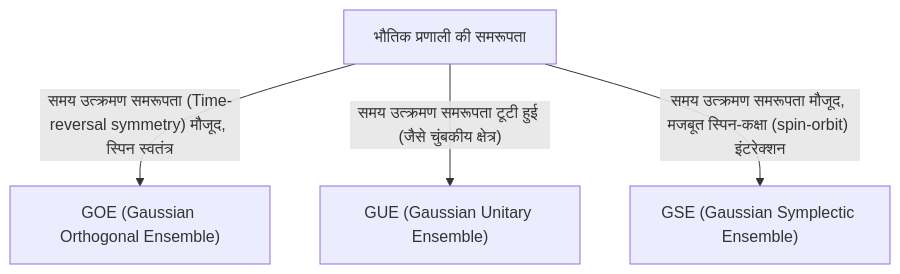
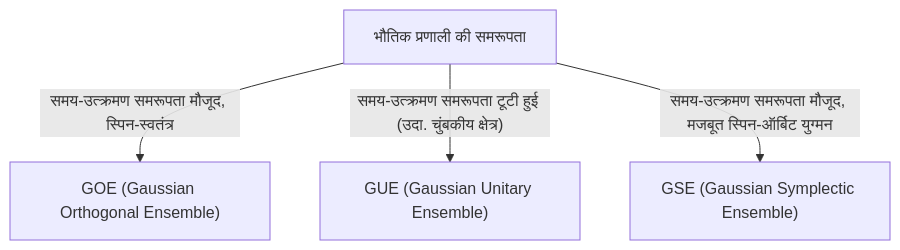
The diagram in content/post/random-matrix-theory/index.hi.md (kenjinote/blog), drawn with Mermaid before and after one commit. The commit also changed other lines of this file and 11 other files, not shown here.

````diff
--- a/content/post/random-matrix-theory/index.hi.md
+++ b/content/post/random-matrix-theory/index.hi.md
@@ -43,6 +43,6 @@
 ```mermaid
 graph TD
-    A["भौतिक प्रणाली की समरूपता"] -- "समय उत्क्रमण समरूपता (Time-reversal symmetry) मौजूद, स्पिन स्वतंत्र" --> B["GOE (Gaussian Orthogonal Ensemble)"]
-    A -- "समय उत्क्रमण समरूपता टूटी हुई (जैसे चुंबकीय क्षेत्र)" --> C["GUE (Gaussian Unitary Ensemble)"]
-    A -- "समय उत्क्रमण समरूपता मौजूद, मजबूत स्पिन-कक्षा (spin-orbit) इंटरेक्शन" --> D["GSE (Gaussian Symplectic Ensemble)"]
+    A["भौतिक प्रणाली की समरूपता"] -- "समय-उत्क्रमण समरूपता मौजूद, स्पिन-स्वतंत्र" --> B["GOE (Gaussian Orthogonal Ensemble)"]
+    A -- "समय-उत्क्रमण समरूपता टूटी हुई (उदा. चुंबकीय क्षेत्र)" --> C["GUE (Gaussian Unitary Ensemble)"]
+    A -- "समय-उत्क्रमण समरूपता मौजूद, मजबूत स्पिन-ऑर्बिट युग्मन" --> D["GSE (Gaussian Symplectic Ensemble)"]
 ```
````
